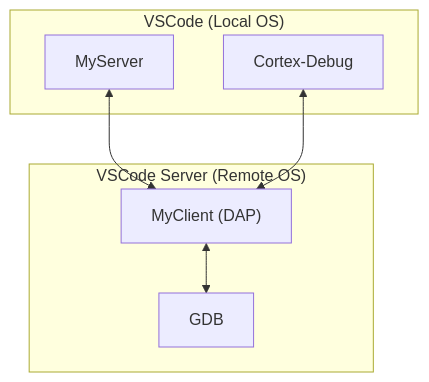
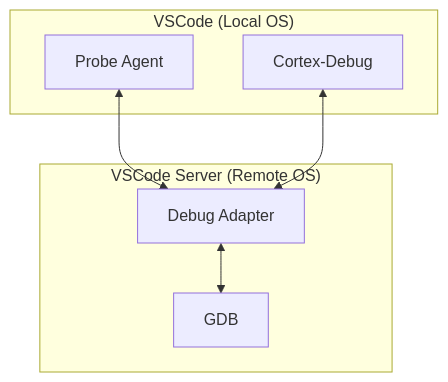
One commit to mcu-debug/mcu-debug changed the diagram in docs/ARCHITECTURE.md. Above: the diagram before and after it, drawn with Mermaid. The commit also changed other lines of this file and 11 other files, not shown here.

````diff
--- a/docs/ARCHITECTURE.md
+++ b/docs/ARCHITECTURE.md
@@ -50,14 +59,14 @@
 ```mermaid
 flowchart TD
     subgraph "VSCode (Local OS)"
-    C["MyServer"]
+    C["Probe Agent"]
     E["Cortex-Debug"]
     end
 
     subgraph "VSCode Server (Remote OS)"
-    D["MyClient (DAP)"] <--> GDB
+    D["Debug Adapter"] <--> GDB
     end
 
     C <--> D
     E <--> D
 ```
````
